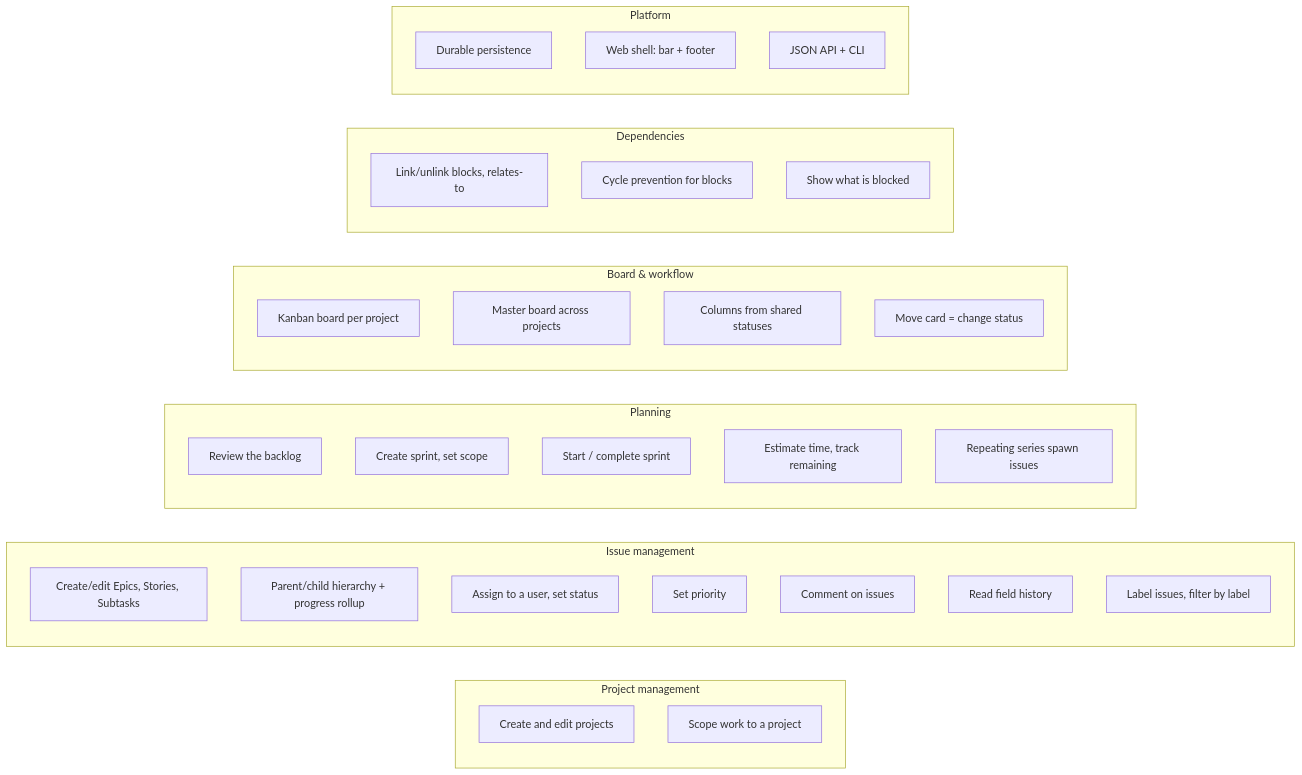
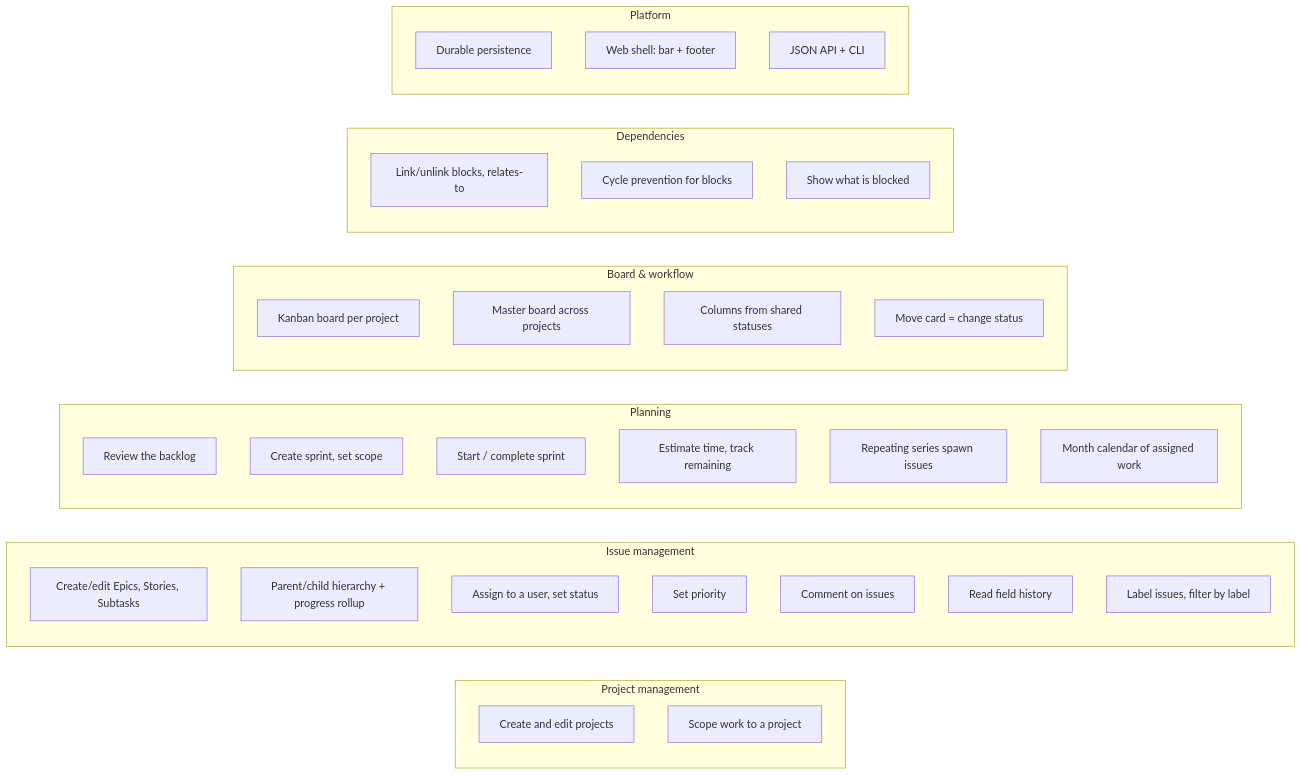
Before and after one commit to Mathotics/Keel: the diagram in docs/architecture/capabilities.md, drawn with Mermaid. The commit also changed other lines of this file and 14 other files, not shown here.

First line of the commit message:
KEEL-12 Add a month calendar of unfinished dated work.

````diff
--- a/docs/architecture/capabilities.md
+++ b/docs/architecture/capabilities.md
@@ -5,39 +5,40 @@
 ```mermaid
 flowchart LR
   subgraph Proj["Project management"]
     p1[Create and edit projects]
     p2[Scope work to a project]
   end
   subgraph Issue["Issue management"]
     a1[Create/edit Epics, Stories, Subtasks]
     a2[Parent/child hierarchy + progress rollup]
     a3[Assign to a user, set status]
     a3b[Set priority]
     a4[Comment on issues]
     a5[Read field history]
     a6[Label issues, filter by label]
   end
   subgraph Plan["Planning"]
     b1[Review the backlog]
     b2[Create sprint, set scope]
     b3[Start / complete sprint]
     b4[Estimate time, track remaining]
     b5[Repeating series spawn issues]
+    b6[Month calendar of assigned work]
   end
   subgraph Board["Board & workflow"]
     c1[Kanban board per project]
     c1b[Master board across projects]
     c2[Columns from shared statuses]
     c3[Move card = change status]
   end
   subgraph Dep["Dependencies"]
     d1[Link/unlink blocks, relates-to]
     d2[Cycle prevention for blocks]
     d3[Show what is blocked]
   end
   subgraph Plat["Platform"]
     e1[Durable persistence]
     e2[Web shell: bar + footer]
     e3[JSON API + CLI]
   end
 ```
````
